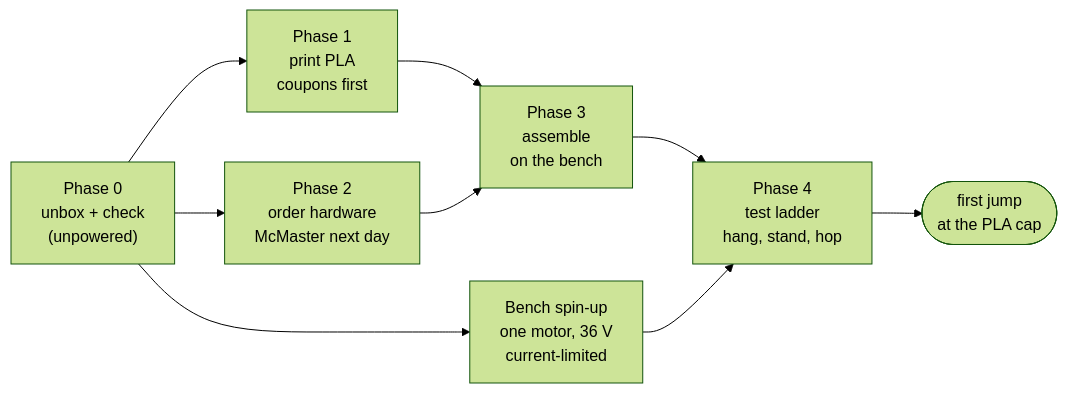
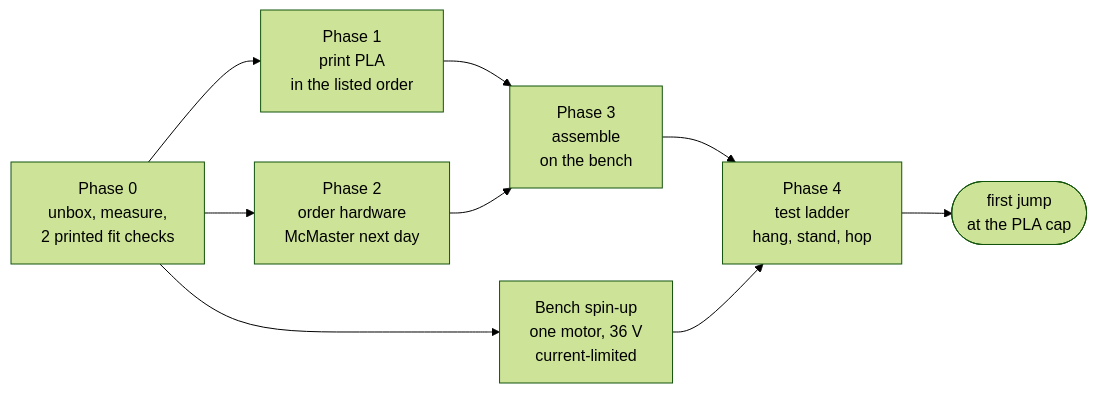
Before and after one commit to Valpatel/gyropup: the first of 2 diagrams in docs/motor-day.md, drawn with Mermaid (forest theme). The commit also changed other lines of this file and 4 other files, not shown here.

First line of the commit message:
Motor day: the motors are in; Phase 0 fit checks and a numbered print order

````diff
--- a/docs/motor-day.md
+++ b/docs/motor-day.md
@@ -16,11 +16,11 @@
 ```mermaid
 flowchart LR
-  A["Phase 0<br/>unbox + check<br/>(unpowered)"] --> B["Phase 1<br/>print PLA<br/>coupons first"]
+  A["Phase 0<br/>unbox, measure,<br/>2 printed fit checks"] --> B["Phase 1<br/>print PLA<br/>in the listed order"]
   A --> C["Phase 2<br/>order hardware<br/>McMaster next day"]
   A --> E0["Bench spin-up<br/>one motor, 36 V<br/>current-limited"]
   B --> D["Phase 3<br/>assemble<br/>on the bench"]
   C --> D
   D --> F["Phase 4<br/>test ladder<br/>hang, stand, hop"]
   E0 --> F
   F --> G(["first jump<br/>at the PLA cap"])
 ```
````
